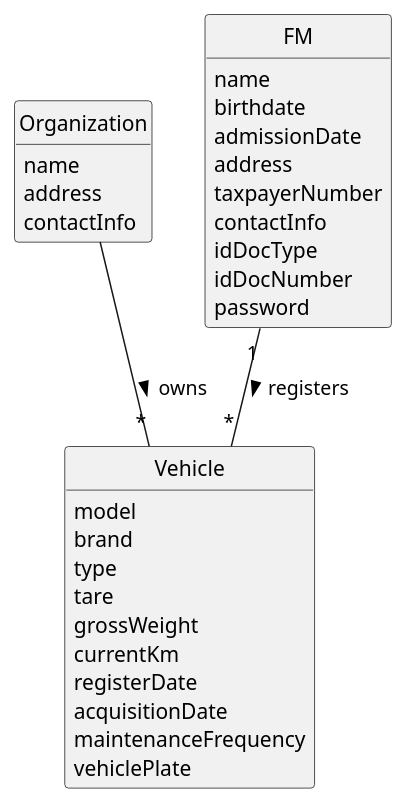
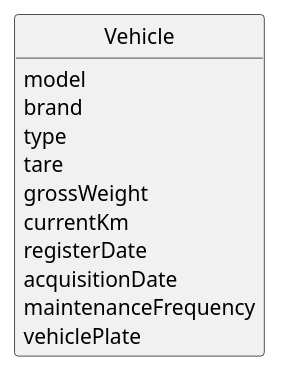
Before and after one commit to RicardoMorim/lapr2-ISEP-Project: the diagram in docs/sprintA/us006/02.analysis/puml/us006-domain-model.puml, drawn with PlantUML. The commit also changed 5 other files, not shown here.

Commit message:
Updated us06 system sequence diagram

```diff
--- a/docs/sprintA/us006/02.analysis/puml/us006-domain-model.puml
+++ b/docs/sprintA/us006/02.analysis/puml/us006-domain-model.puml
@@ -1,46 +1,26 @@
 @startuml
 skinparam monochrome true
 skinparam packageStyle rectangle
 skinparam shadowing false
 
 
 skinparam classAttributeIconSize 0
 
 hide circle
 hide methods
 
-class Organization {
-    name
-    address
-    contactInfo
-
-}
 
 class Vehicle {
     model
     brand
     type
     tare
     grossWeight
     currentKm
     registerDate
     acquisitionDate
     maintenanceFrequency
     vehiclePlate
 }
 
-class FM {
-    name
-    birthdate
-    admissionDate
-    address
-    taxpayerNumber
-    contactInfo
-    idDocType
-    idDocNumber
-    password
-}
-
-Organization  -- "*" Vehicle : owns >
-FM "1" -- "*" Vehicle : registers >
 @enduml
```
